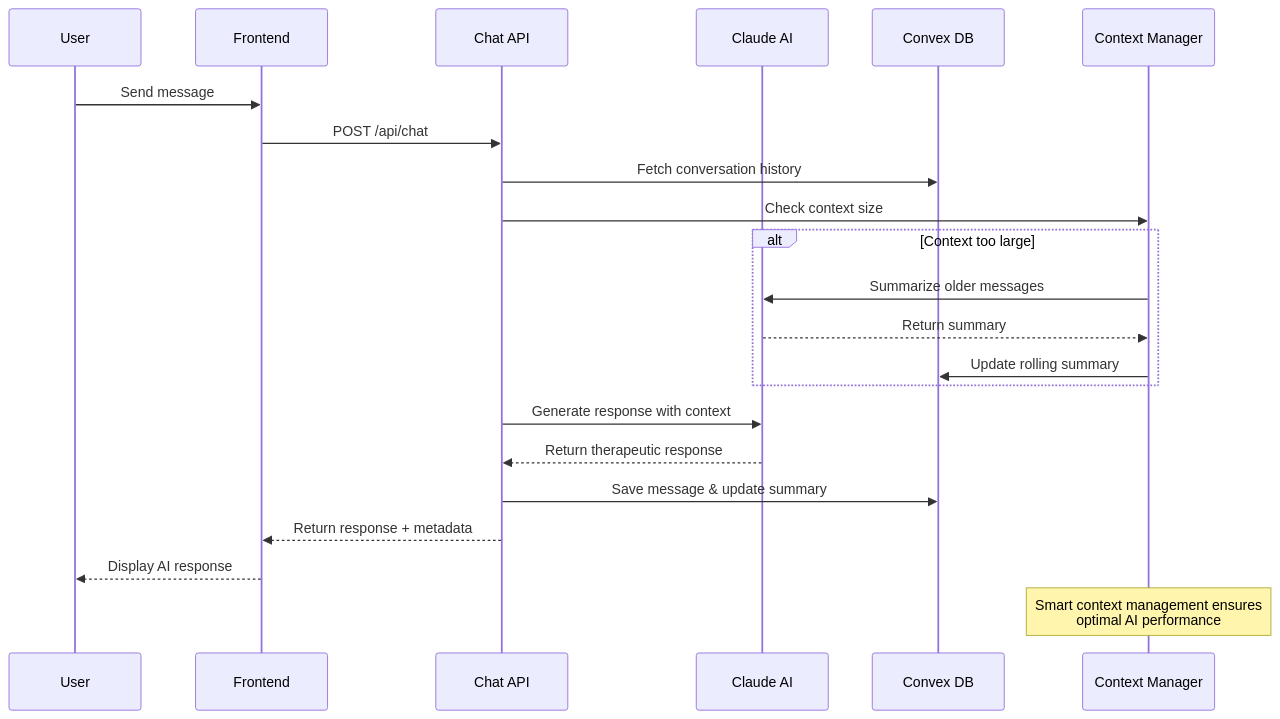
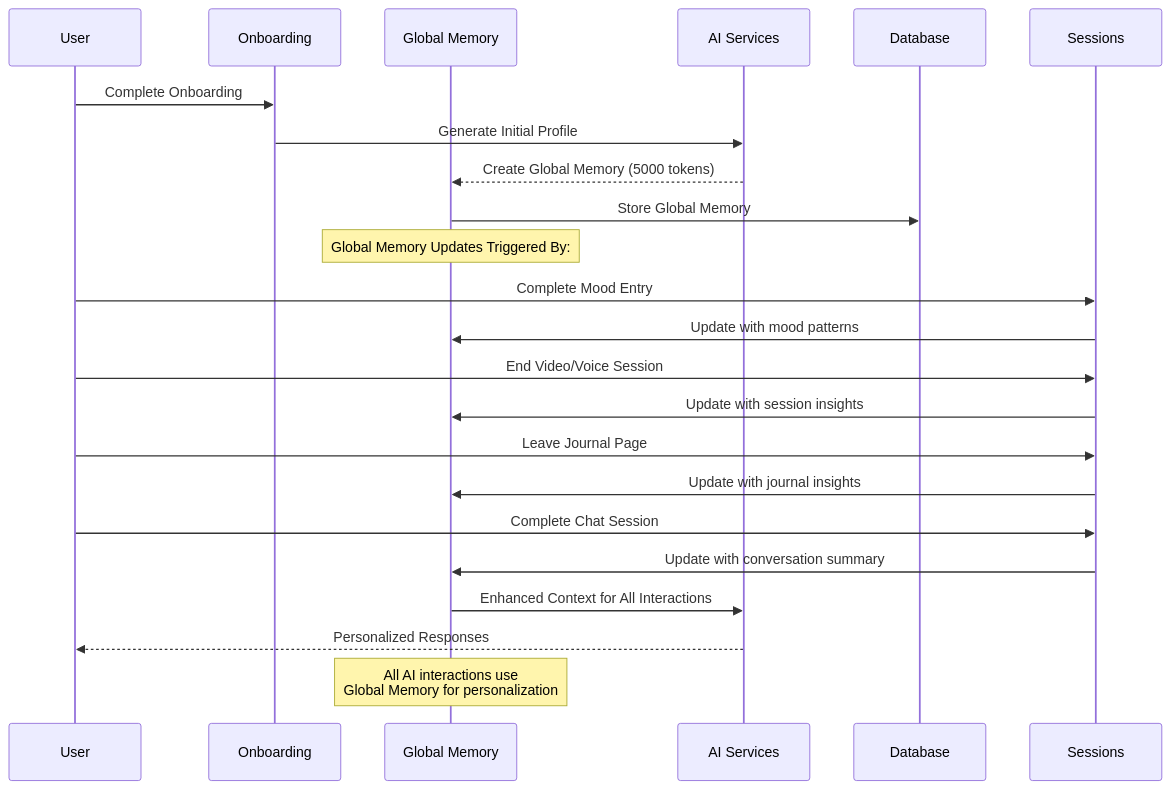
Before and after one commit to ItsRudraksh/mindfulai: the second of 5 diagrams in README.md, drawn with Mermaid. The commit also changed other lines of this file, not shown here.

````diff
--- a/README.md
+++ b/README.md
@@ -140,28 +165,33 @@
 ```mermaid
 sequenceDiagram
     participant U as User
-    participant F as Frontend
-    participant API as Chat API
-    participant AI as Claude AI
-    participant DB as Convex DB
-    participant CTX as Context Manager
+    participant O as Onboarding
+    participant GM as Global Memory
+    participant AI as AI Services
+    participant DB as Database
+    participant S as Sessions
 
-    U->>F: Send message
-    F->>API: POST /api/chat
-    API->>DB: Fetch conversation history
-    API->>CTX: Check context size
+    U->>O: Complete Onboarding
+    O->>AI: Generate Initial Profile
+    AI-->>GM: Create Global Memory (5000 tokens)
+    GM->>DB: Store Global Memory
 
-    alt Context too large
-        CTX->>AI: Summarize older messages
-        AI-->>CTX: Return summary
-        CTX->>DB: Update rolling summary
-    end
+    Note over GM: Global Memory Updates Triggered By:
 
-    API->>AI: Generate response with context
-    AI-->>API: Return therapeutic response
-    API->>DB: Save message & update summary
-    API-->>F: Return response + metadata
-    F-->>U: Display AI response
+    U->>S: Complete Mood Entry
+    S->>GM: Update with mood patterns
+    
+    U->>S: End Video/Voice Session
+    S->>GM: Update with session insights
+    
+    U->>S: Leave Journal Page
+    S->>GM: Update with journal insights
+    
+    U->>S: Complete Chat Session
+    S->>GM: Update with conversation summary
 
-    Note over CTX: Smart context management ensures<br/>optimal AI performance
+    GM->>AI: Enhanced Context for All Interactions
+    AI-->>U: Personalized Responses
+
+    Note over GM: All AI interactions use<br/>Global Memory for personalization
 ```
````
